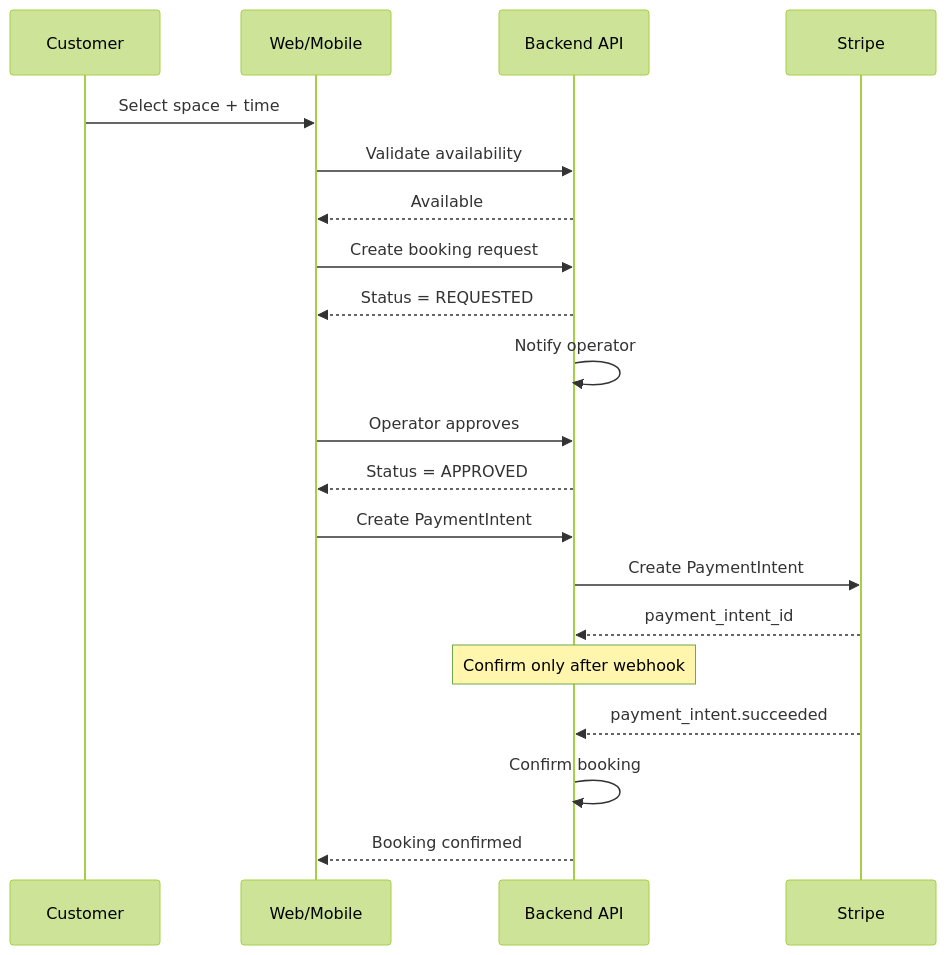
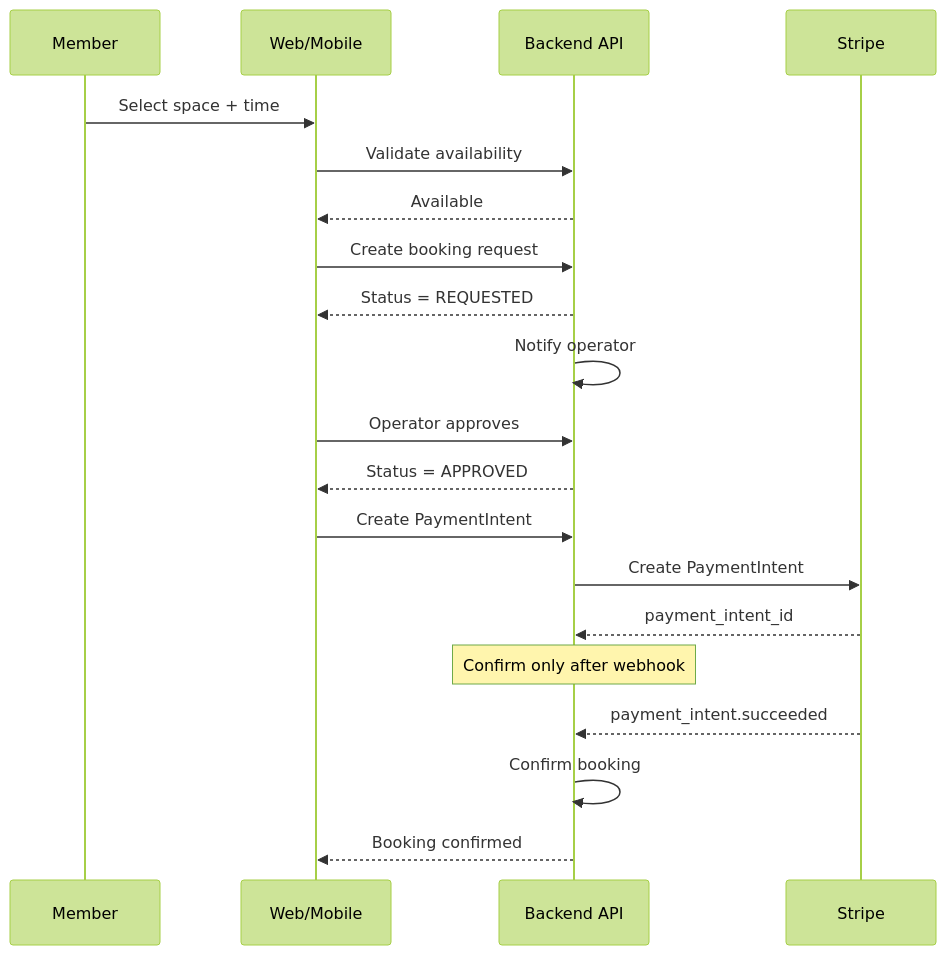
Before and after one commit to prabhat-priddyspaces/priddyspaces-app: the second of 4 diagrams in docs/flows.md, drawn with Mermaid (forest theme). The commit also changed other lines of this file and 176 other files, not shown here.

Commit message:
Rename customer registration flow to member

````diff
--- a/docs/flows.md
+++ b/docs/flows.md
@@ -27,23 +27,23 @@
 ```mermaid
 sequenceDiagram
-  participant C as Customer
+  participant C as Member
   participant W as Web/Mobile
   participant API as Backend API
   participant S as Stripe
 
   C->>W: Select space + time
   W->>API: Validate availability
   API-->>W: Available
   W->>API: Create booking request
   API-->>W: Status = REQUESTED
   API->>API: Notify operator
   W->>API: Operator approves
   API-->>W: Status = APPROVED
   W->>API: Create PaymentIntent
   API->>S: Create PaymentIntent
   S-->>API: payment_intent_id
   Note over API: Confirm only after webhook
   S-->>API: payment_intent.succeeded
   API->>API: Confirm booking
   API-->>W: Booking confirmed
 ```
````
